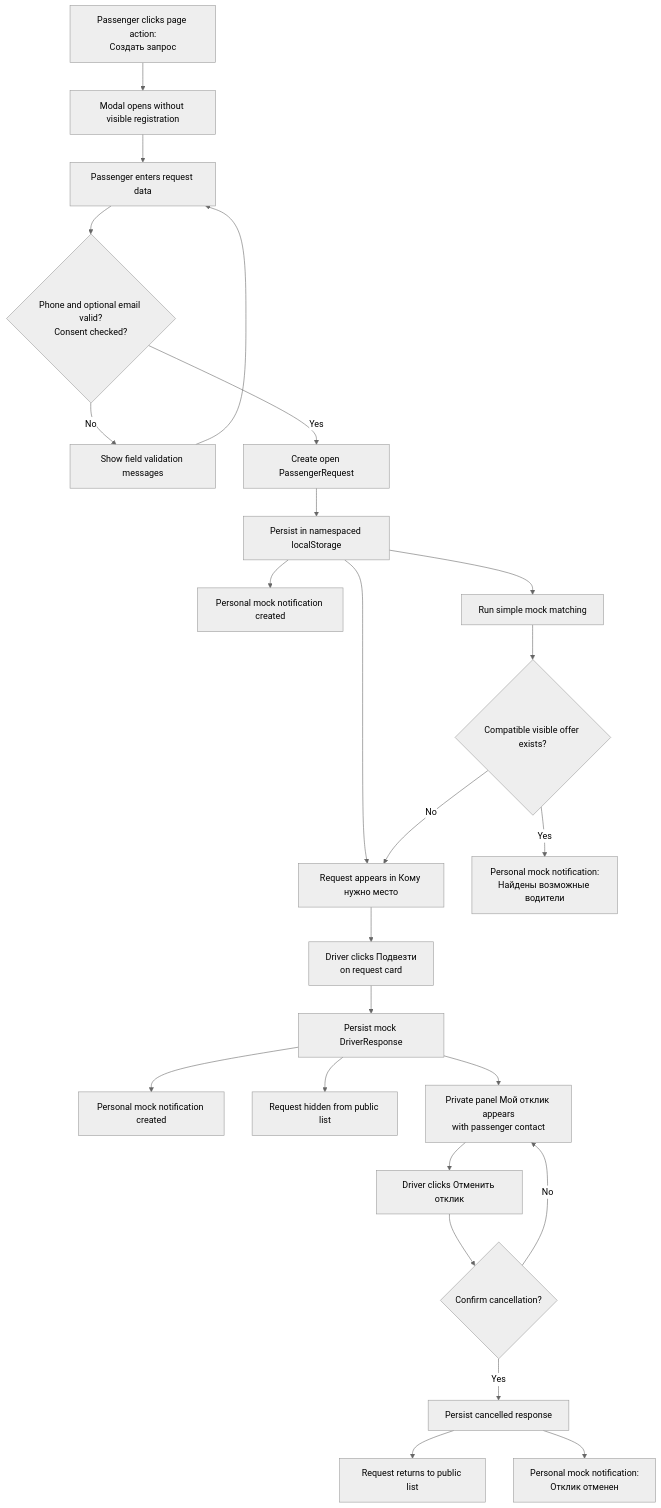
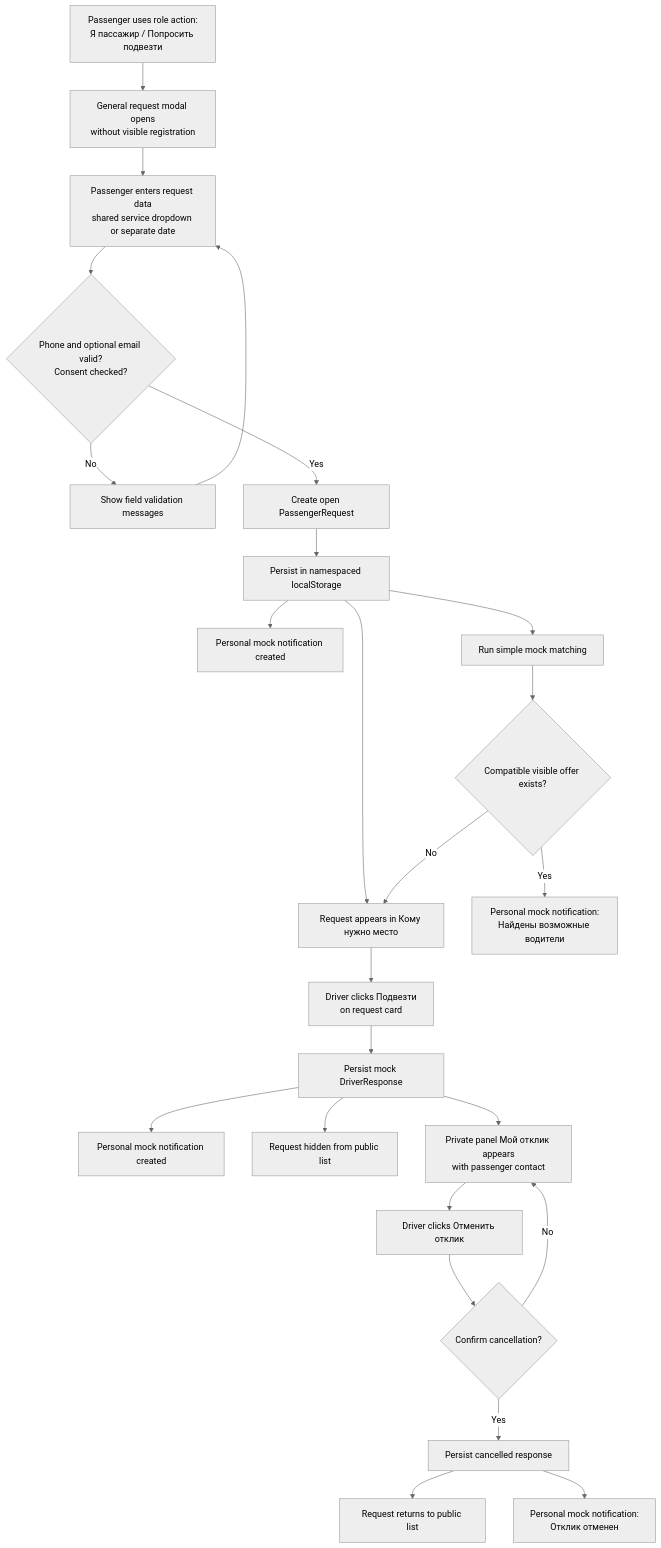
One commit to Agafanail/orthodox-routes changed diagram 13 of 15 in docs/PROJECT_MAP.md. Above: the diagram before and after it, drawn with Mermaid (neutral theme). The commit also changed other lines of this file and 33 other files, not shown here.

First line of the commit message:
Improve church transport offer flows

````diff
--- a/docs/PROJECT_MAP.md
+++ b/docs/PROJECT_MAP.md
@@ -515,29 +542,29 @@
 ```mermaid
 flowchart TD
-    A["Passenger clicks page action:<br/>Создать запрос"] --> B["Modal opens without visible registration"]
-    B --> C["Passenger enters request data"]
+    A["Passenger uses role action:<br/>Я пассажир / Попросить подвезти"] --> B["General request modal opens<br/>without visible registration"]
+    B --> C["Passenger enters request data<br/>shared service dropdown or separate date"]
     C --> C1{"Phone and optional email valid?<br/>Consent checked?"}
     C1 -->|No| C2["Show field validation messages"]
     C2 --> C
     C1 -->|Yes| D["Create open PassengerRequest"]
     D --> E["Persist in namespaced localStorage"]
     E --> F["Request appears in Кому нужно место"]
     E --> G["Personal mock notification created"]
     E --> H["Run simple mock matching"]
     H --> I{"Compatible visible offer exists?"}
     I -->|Yes| J["Personal mock notification:<br/>Найдены возможные водители"]
     I -->|No| F
 
     F --> K["Driver clicks Подвезти<br/>on request card"]
     K --> L["Persist mock DriverResponse"]
     L --> M["Personal mock notification created"]
     L --> N["Request hidden from public list"]
     L --> O["Private panel Мой отклик appears<br/>with passenger contact"]
 
     O --> P["Driver clicks Отменить отклик"]
     P --> Q{"Confirm cancellation?"}
     Q -->|Yes| R["Persist cancelled response"]
     R --> S["Request returns to public list"]
     R --> T["Personal mock notification:<br/>Отклик отменен"]
     Q -->|No| O
 ```
````
